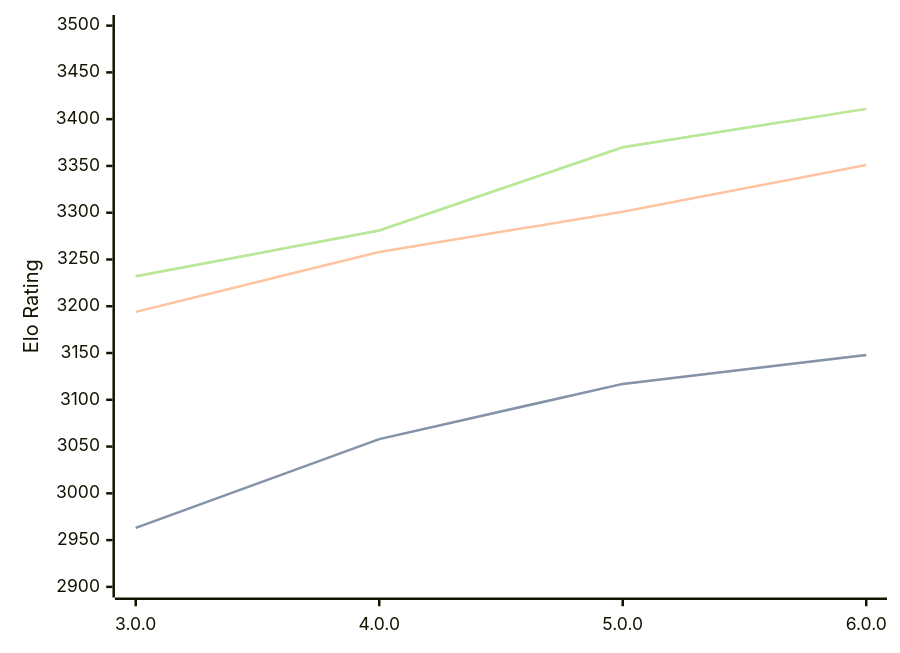
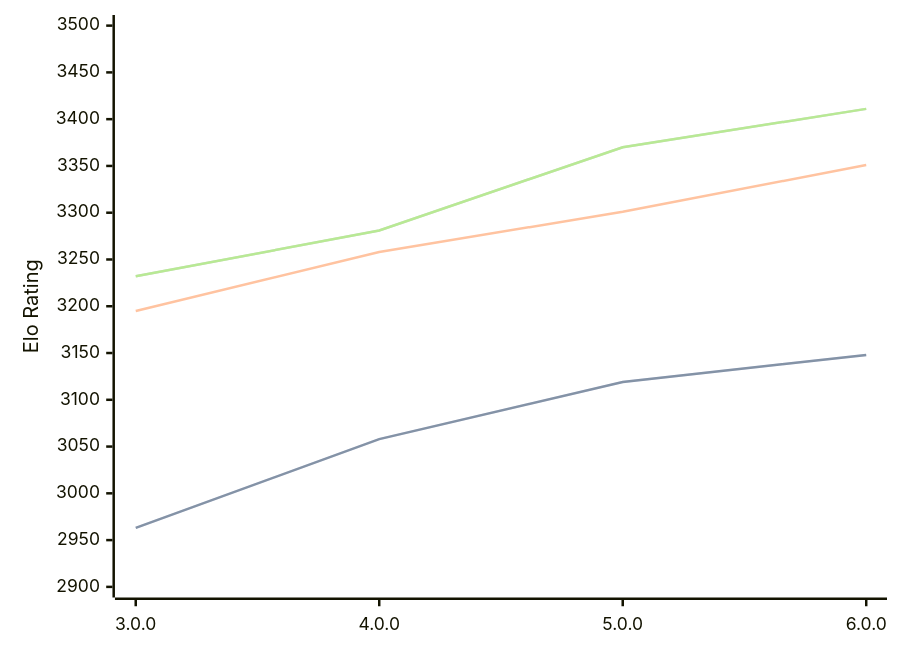
The first of 3 diagrams in engines/Minke.md (computer-chess-index/cci), drawn with Mermaid before and after one commit. The commit also changed other lines of this file, not shown here.

````diff
--- a/engines/Minke.md
+++ b/engines/Minke.md
@@ -36,11 +36,11 @@
 ```mermaid
 %%{init: {"theme":"base","themeVariables":{"seriesColors:['#a3a3a3','#222221','#faa371']}}}%%
 xychart-beta
   x-axis ["3.0.0", "4.0.0", "5.0.0", "6.0.0"]
   y-axis "Elo Rating" 2900 --> 3500
-  line "STC (8.0+0.08s)" [2963, 3058, 3117, 3148]
-  line "STC (8.0+0.08s)" [2963, 3058, 3117, 3148]
-  line "LTC (60.0+0.60s)" [3194, 3258, 3301, 3351]
+  line "STC (8.0+0.08s)" [2963, 3058, 3119, 3148]
+  line "STC (8.0+0.08s)" [2963, 3058, 3119, 3148]
+  line "LTC (60.0+0.60s)" [3195, 3258, 3301, 3351]
   line "VLTC (2m24s+1.12s)" [3232, 3281, 3370, 3411]
   line "VLTC (2m24s+1.12s)" [3232, 3281, 3370, 3411]
 ```
````
